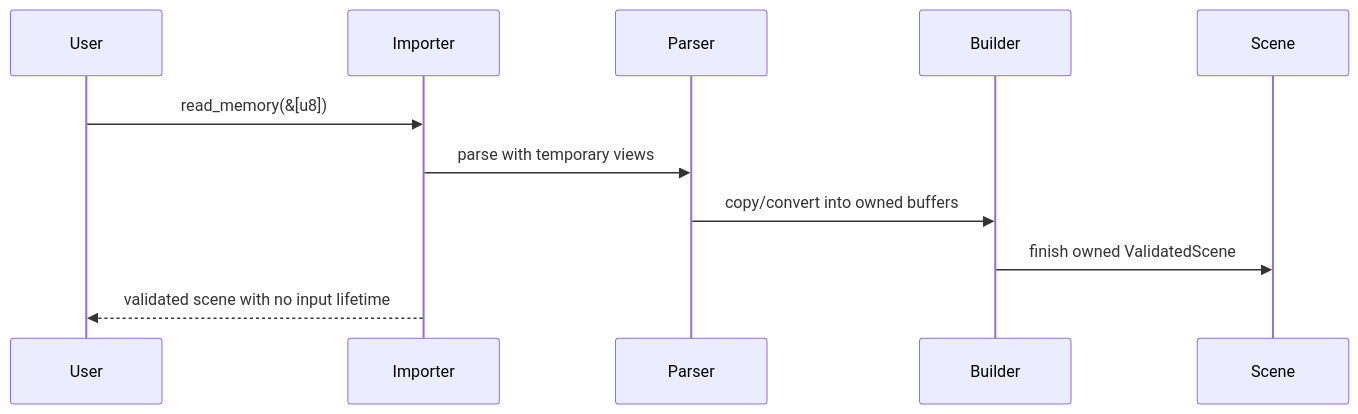
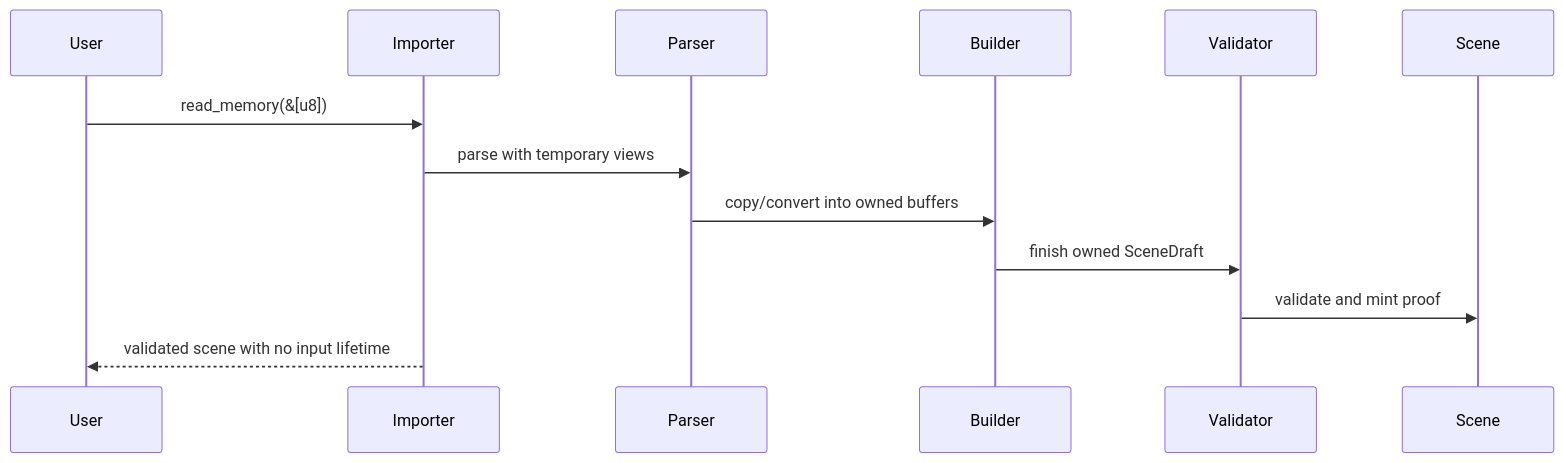
The second of 2 diagrams in docs/adr/0009-data-ownership-zero-copy-lifetimes-and-memory-layout.md (Latias94/baozi), drawn with Mermaid before and after one commit. The commit also changed other lines of this file and 32 other files, not shown here.

First line of the commit message:
feat(architecture): enforce canonical ADR governance

````diff
--- a/docs/adr/0009-data-ownership-zero-copy-lifetimes-and-memory-layout.md
+++ b/docs/adr/0009-data-ownership-zero-copy-lifetimes-and-memory-layout.md
@@ -70,14 +72,16 @@
 ```mermaid
 sequenceDiagram
     participant User
     participant Importer
     participant Parser
     participant Builder
+    participant Validator
     participant Scene
 
     User->>Importer: read_memory(&[u8])
     Importer->>Parser: parse with temporary views
     Parser->>Builder: copy/convert into owned buffers
-    Builder->>Scene: finish owned ValidatedScene
+    Builder->>Validator: finish owned SceneDraft
+    Validator->>Scene: validate and mint proof
     Importer-->>User: validated scene with no input lifetime
 ```
````
